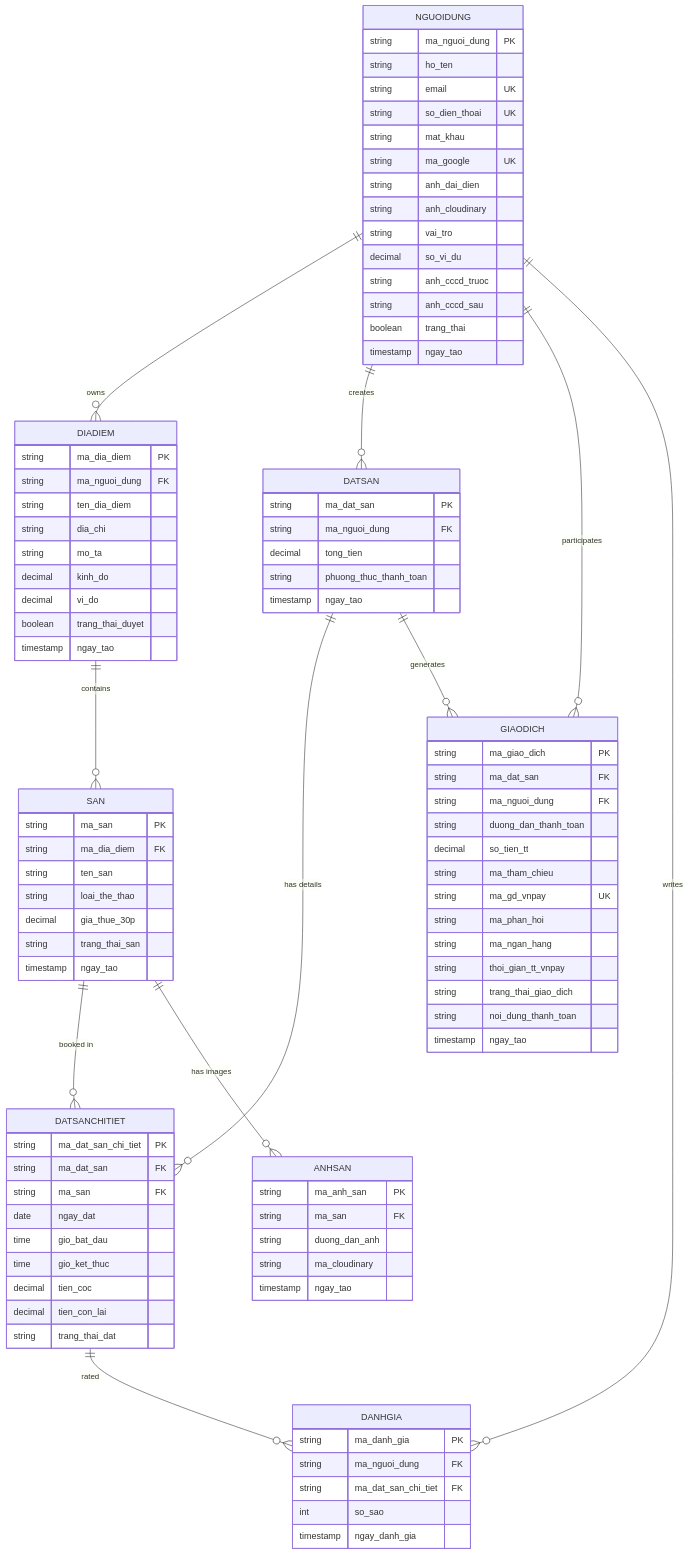
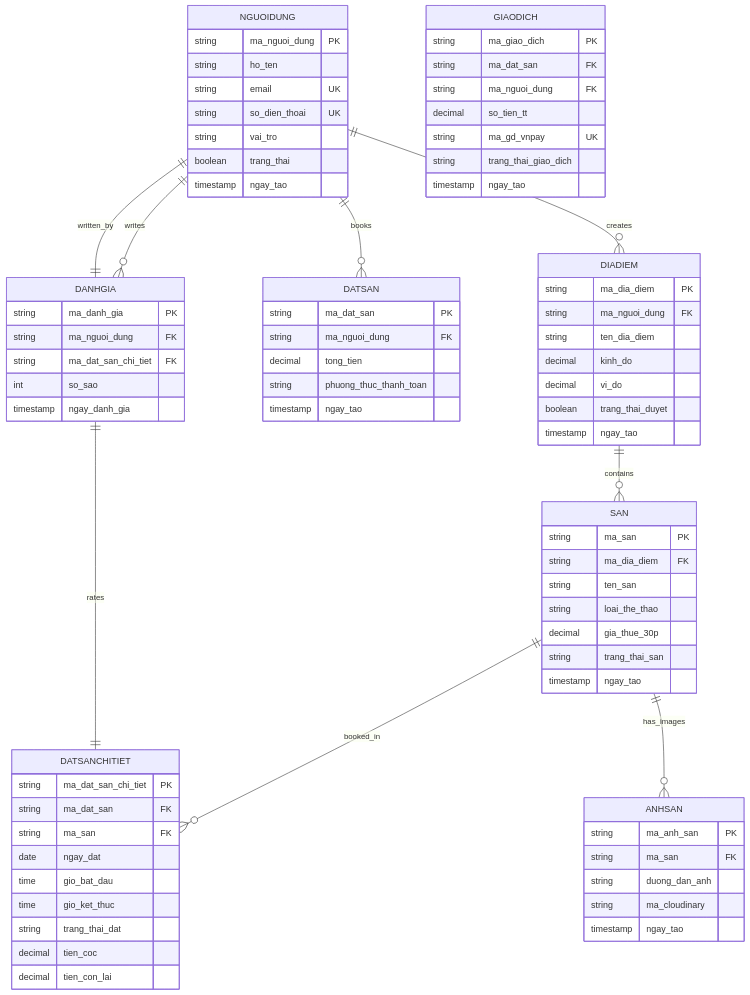
One commit to nguyencongtrung2001/Do-An changed the fourth of 11 diagrams in .qoder/repowiki/en/content/Backend Architecture/Data Access Layer.md. Above: the diagram before and after it, drawn with Mermaid. The commit also changed other lines of this file and 12 other files, not shown here.

````diff
--- a/.qoder/repowiki/en/content/Backend Architecture/Data Access Layer.md
+++ b/.qoder/repowiki/en/content/Backend Architecture/Data Access Layer.md
@@ -232,14 +229,7 @@
 string ho_ten
 string email UK
 string so_dien_thoai UK
-string mat_khau
-string ma_google UK
-string anh_dai_dien
-string anh_cloudinary
 string vai_tro
-decimal so_vi_du
-string anh_cccd_truoc
-string anh_cccd_sau
 boolean trang_thai
 timestamp ngay_tao
 }
@@ -247,8 +237,6 @@
 string ma_dia_diem PK
 string ma_nguoi_dung FK
 string ten_dia_diem
-string dia_chi
-string mo_ta
 decimal kinh_do
 decimal vi_do
 boolean trang_thai_duyet
@@ -277,24 +265,9 @@
 date ngay_dat
 time gio_bat_dau
 time gio_ket_thuc
+string trang_thai_dat
 decimal tien_coc
 decimal tien_con_lai
-string trang_thai_dat
-}
-GIAODICH {
-string ma_giao_dich PK
-string ma_dat_san FK
-string ma_nguoi_dung FK
-string duong_dan_thanh_toan
-decimal so_tien_tt
-string ma_tham_chieu
-string ma_gd_vnpay UK
-string ma_phan_hoi
-string ma_ngan_hang
-string thoi_gian_tt_vnpay
-string trang_thai_giao_dich
-string noi_dung_thanh_toan
-timestamp ngay_tao
 }
 ANHSAN {
 string ma_anh_san PK
@@ -310,14 +283,21 @@
 int so_sao
 timestamp ngay_danh_gia
 }
-NGUOIDUNG ||--o{ DIADIEM : "owns"
+GIAODICH {
+string ma_giao_dich PK
+string ma_dat_san FK
+string ma_nguoi_dung FK
+decimal so_tien_tt
+string ma_gd_vnpay UK
+string trang_thai_giao_dich
+timestamp ngay_tao
+}
+NGUOIDUNG ||--o{ DIADIEM : "creates"
 DIADIEM ||--o{ SAN : "contains"
-NGUOIDUNG ||--o{ DATSAN : "creates"
-DATSAN ||--o{ DATSANCHITIET : "has details"
-SAN ||--o{ DATSANCHITIET : "booked in"
-NGUOIDUNG ||--o{ GIAODICH : "participates"
-DATSAN ||--o{ GIAODICH : "generates"
-SAN ||--o{ ANHSAN : "has images"
+NGUOIDUNG ||--o{ DATSAN : "books"
+SAN ||--o{ DATSANCHITIET : "booked_in"
+SAN ||--o{ ANHSAN : "has_images"
 NGUOIDUNG ||--o{ DANHGIA : "writes"
-DATSANCHITIET ||--o{ DANHGIA : "rated"
+DANHGIA ||--|| DATSANCHITIET : "rates"
+DANHGIA ||--|| NGUOIDUNG : "written_by"
 ```
````
